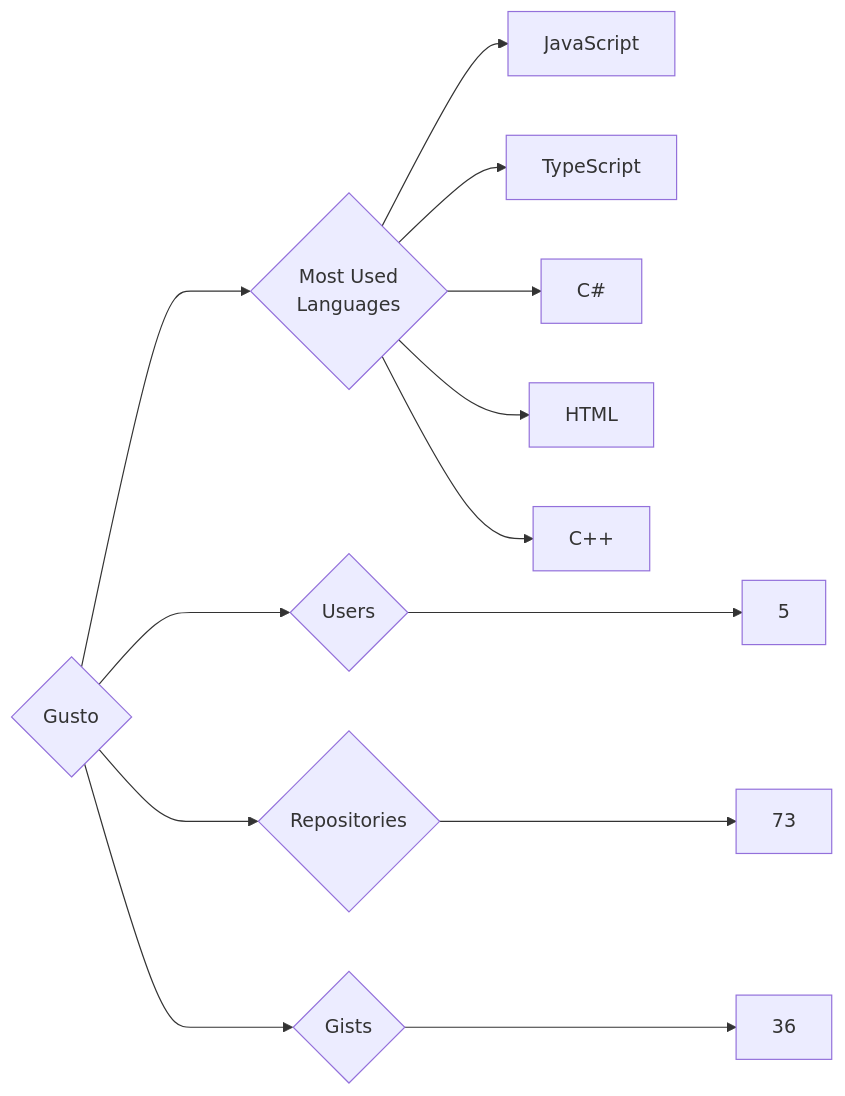
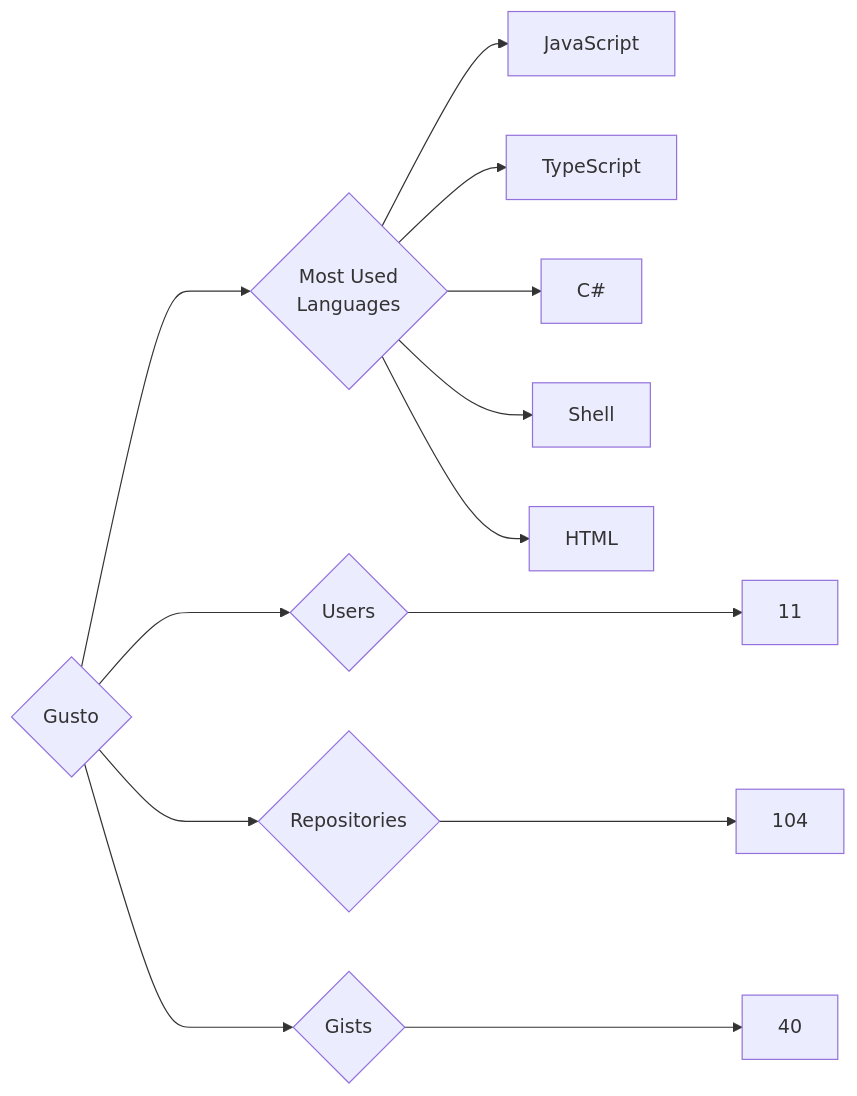
One commit to trickest/insiders changed the diagram in targets/Gusto/README.md. Above: the diagram before and after it, drawn with Mermaid. The commit also changed 998 other files, not shown here.

````diff
--- a/targets/Gusto/README.md
+++ b/targets/Gusto/README.md
@@ -3,13 +3,13 @@
 ```mermaid
 graph LR
 COMPANY_NAME{Gusto}
-COMPANY_NAME ---> U{Users} ---> UN[5]
-COMPANY_NAME ---> R{Repositories} ---> RN[73]
-COMPANY_NAME ---> G{Gists} ---> GN[36]
+COMPANY_NAME ---> U{Users} ---> UN[11]
+COMPANY_NAME ---> R{Repositories} ---> RN[104]
+COMPANY_NAME ---> G{Gists} ---> GN[40]
 COMPANY_NAME ---> ML{Most Used<br>Languages}
 ML --> JavaScript[JavaScript]
 ML --> TypeScript[TypeScript]
 ML --> C#[C#]
+ML --> Shell[Shell]
 ML --> HTML[HTML]
-ML --> C++[C++]
 ```
````
